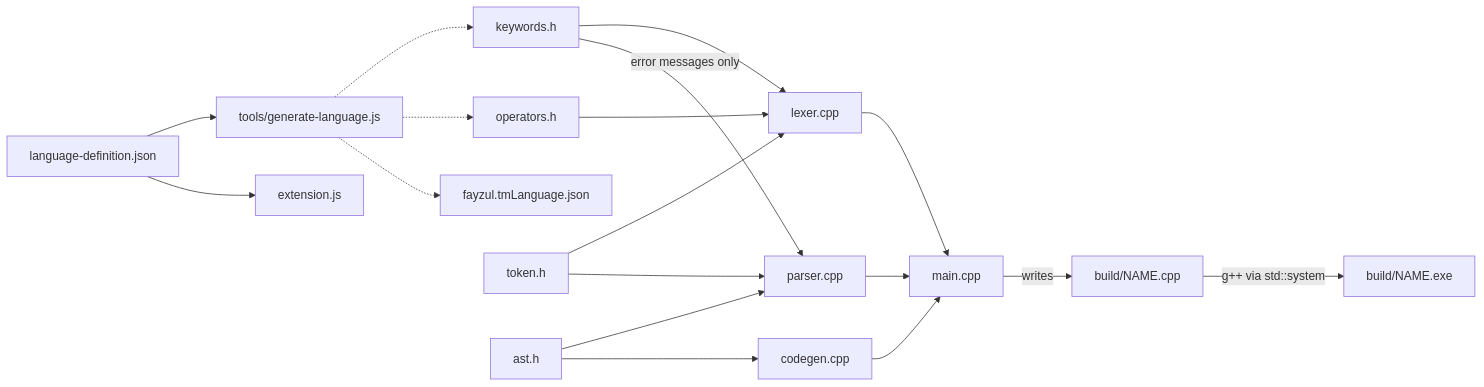
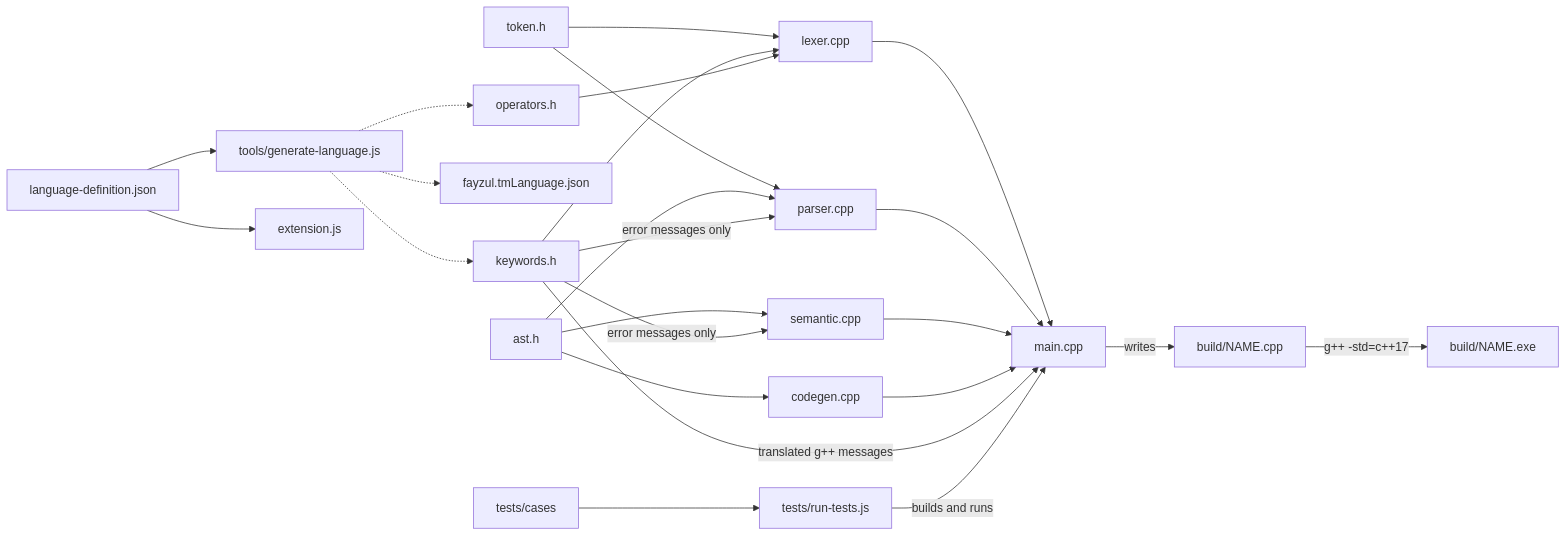
The second of 2 diagrams in docs/FayZul_Mindmap.md (mahadashan/FayZul), drawn with Mermaid before and after one commit. The commit also changed other lines of this file and 174 other files, not shown here.

````diff
--- a/docs/FayZul_Mindmap.md
+++ b/docs/FayZul_Mindmap.md
@@ -86,22 +100,29 @@
 ```mermaid
 flowchart LR
     JSON[language-definition.json] --> GEN[tools/generate-language.js]
     GEN -.-> KW[keywords.h]
     GEN -.-> OPS[operators.h]
     GEN -.-> TM[fayzul.tmLanguage.json]
     JSON --> EXT[extension.js]
 
     TOK[token.h] --> LEX[lexer.cpp]
     KW --> LEX
     OPS --> LEX
     TOK --> PAR[parser.cpp]
     AST[ast.h] --> PAR
     KW -->|error messages only| PAR
+    AST --> SEM[semantic.cpp]
+    KW -->|error messages only| SEM
     AST --> CG[codegen.cpp]
 
     LEX --> MAIN[main.cpp]
     PAR --> MAIN
+    SEM --> MAIN
     CG --> MAIN
+    KW -->|translated g++ messages| MAIN
     MAIN -->|writes| CPP[build/NAME.cpp]
-    CPP -->|g++ via std::system| EXE[build/NAME.exe]
+    CPP -->|g++ -std=c++17| EXE[build/NAME.exe]
+
+    TESTS[tests/run-tests.js] -->|builds and runs| MAIN
+    CASES[tests/cases] --> TESTS
 ```
````
